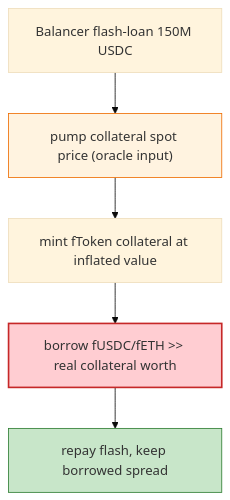
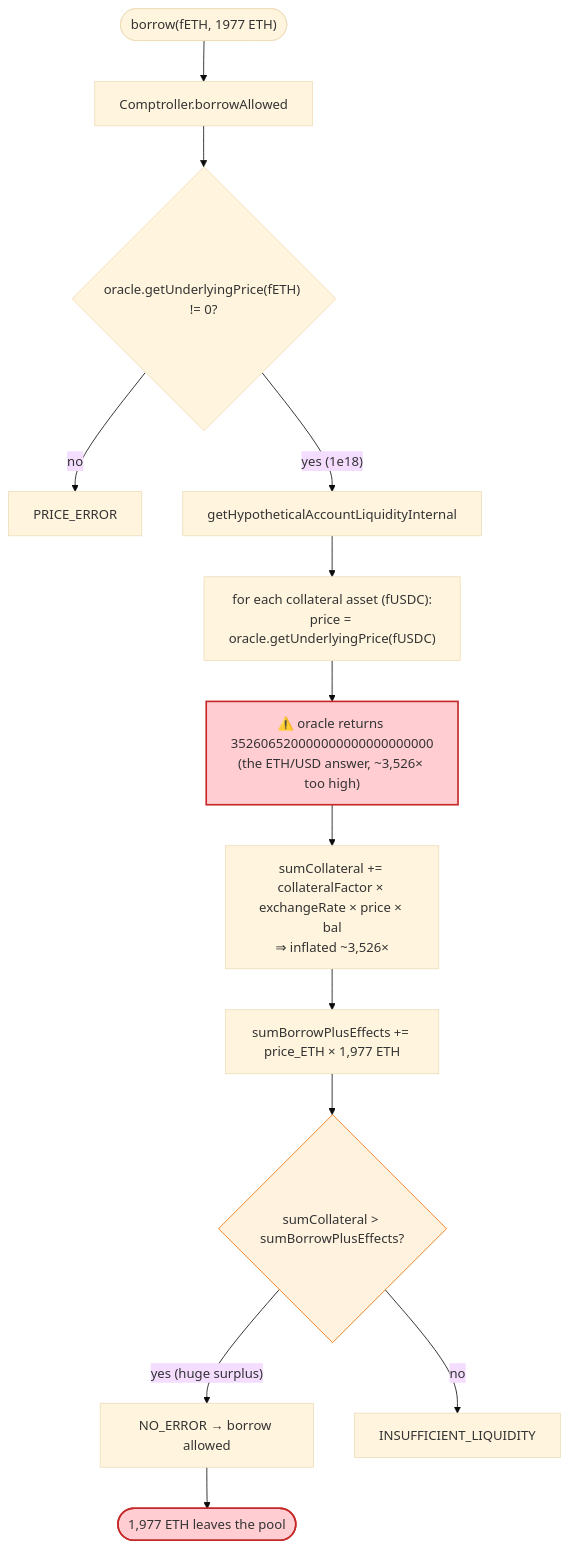
One commit to sanbir/evm-hack-registry changed the third of 4 diagrams in 2022-04-Rari_exp/Rari_exp.md. Above: the diagram before and after it, drawn with Mermaid (base theme). The commit also changed other lines of this file and 52 other files, not shown here.

````diff
--- a/2022-04-Rari_exp/Rari_exp.md
+++ b/2022-04-Rari_exp/Rari_exp.md
@@ -64,11 +307,19 @@
 ```mermaid
 flowchart TD
-    FL["Balancer flash-loan 150M USDC"] --> PUMP["pump collateral spot price (oracle input)"]
-    PUMP --> MINT["mint fToken collateral at inflated value"]
-    MINT --> BORROW["borrow fUSDC/fETH >> real collateral worth"]
-    BORROW --> RP["repay flash, keep borrowed spread"]
+    Start(["borrow(fETH, 1977 ETH)"]) --> BA["Comptroller.borrowAllowed"]
+    BA --> P0{"oracle.getUnderlyingPrice(fETH) != 0?"}
+    P0 -- "no" --> Rev0["PRICE_ERROR"]
+    P0 -- "yes (1e18)" --> HYP["getHypotheticalAccountLiquidityInternal"]
+    HYP --> Loop["for each collateral asset (fUSDC):<br/>price = oracle.getUnderlyingPrice(fUSDC)"]
+    Loop --> Mis["⚠️ oracle returns 352606520000000000000000000<br/>(the ETH/USD answer, ~3,526× too high)"]
+    Mis --> Coll["sumCollateral += collateralFactor × exchangeRate × price × bal<br/>⇒ inflated ~3,526×"]
+    Coll --> Liab["sumBorrowPlusEffects += price_ETH × 1,977 ETH"]
+    Liab --> Cmp{"sumCollateral > sumBorrowPlusEffects?"}
+    Cmp -- "yes (huge surplus)" --> OK["NO_ERROR → borrow allowed"]
+    Cmp -- "no" --> Reject["INSUFFICIENT_LIQUIDITY"]
+    OK --> Drain(["1,977 ETH leaves the pool"])
 
-    style PUMP fill:#fff3e0,stroke:#ef6c00
-    style BORROW fill:#ffcdd2,stroke:#c62828,stroke-width:2px
-    style RP fill:#c8e6c9,stroke:#2e7d32
+    style Mis fill:#ffcdd2,stroke:#c62828,stroke-width:2px
+    style Drain fill:#ffcdd2,stroke:#c62828,stroke-width:2px
+    style Cmp fill:#fff3e0,stroke:#ef6c00
 ```
````
